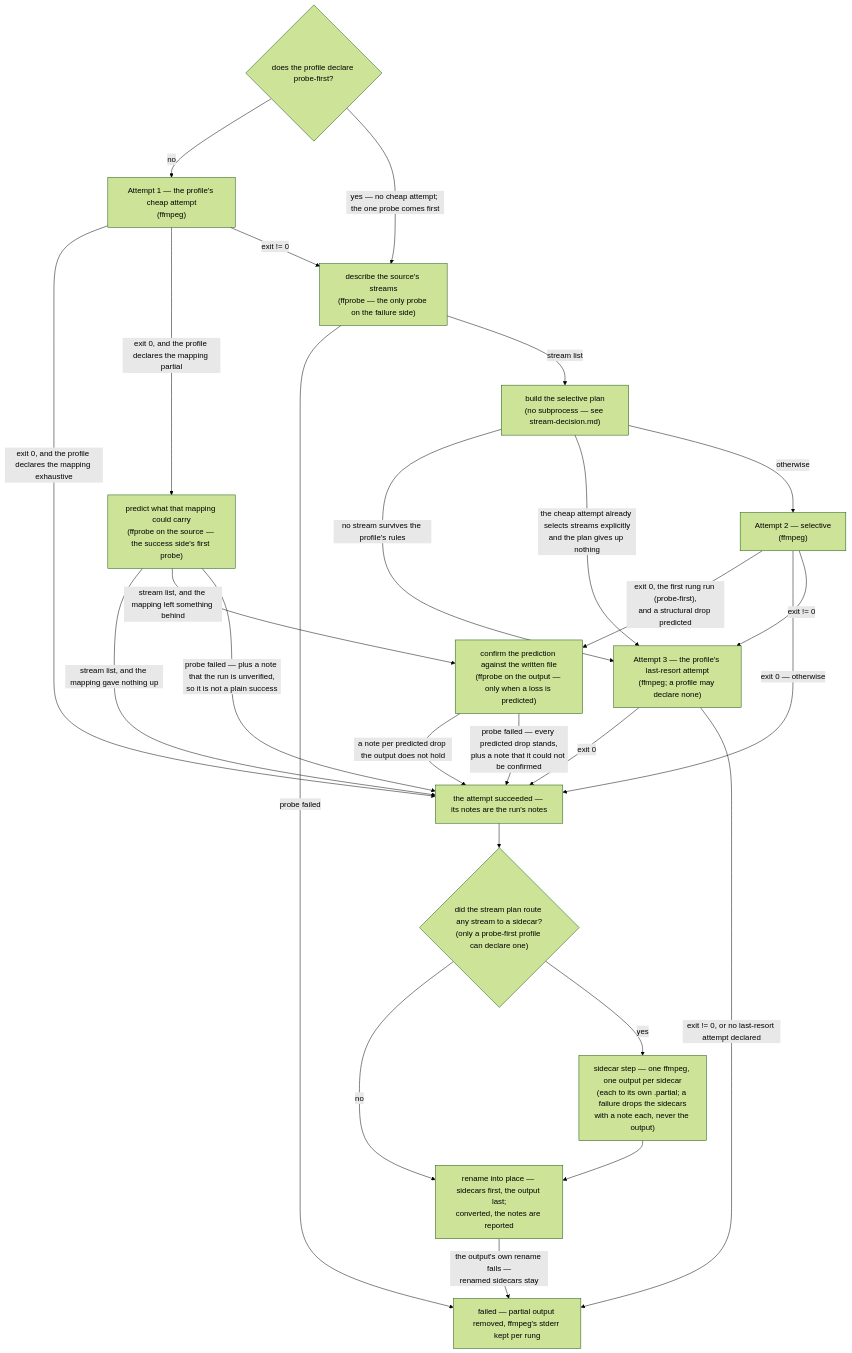
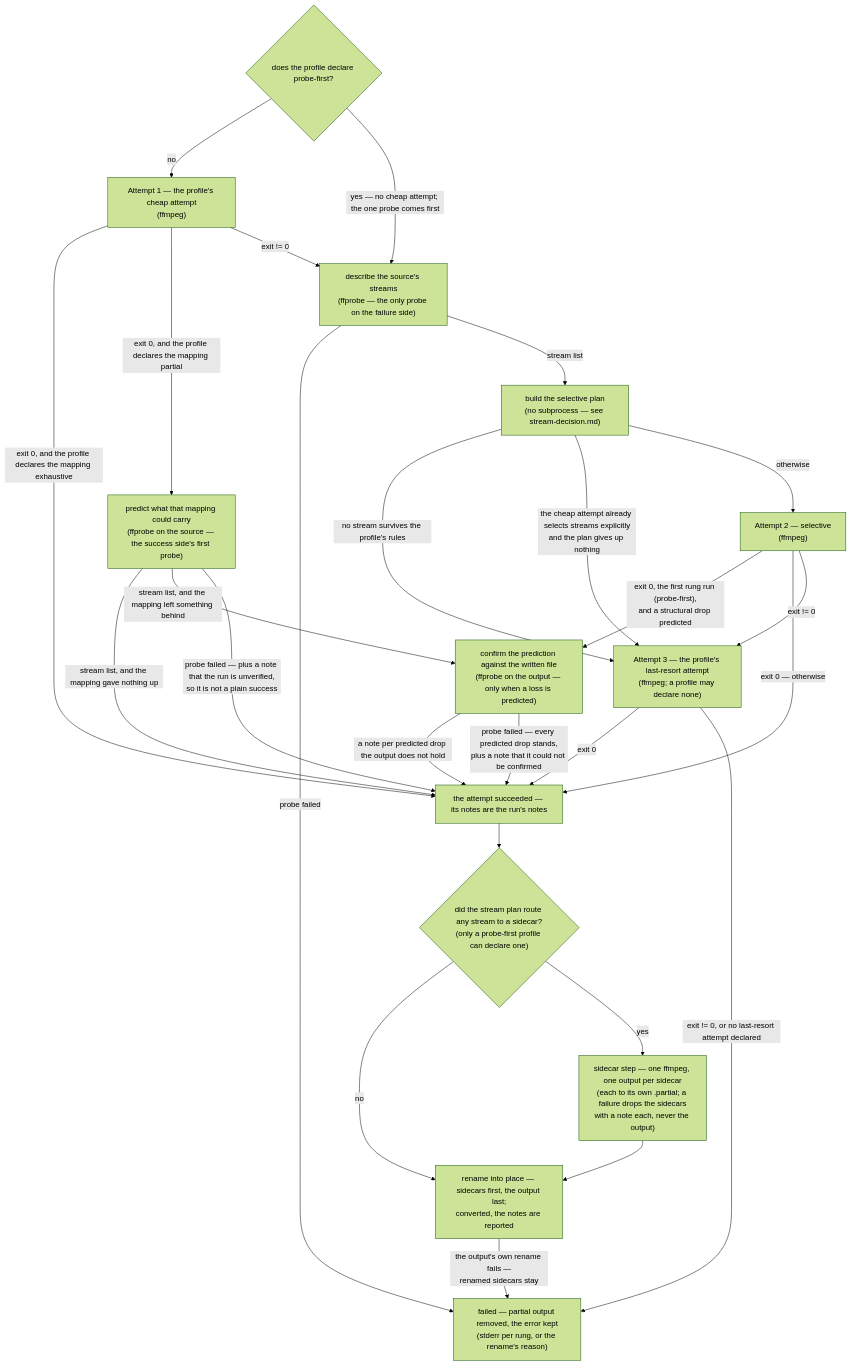
One commit to bhemsen/converter changed the diagram in docs/design/degradation-ladder.md. Above: the diagram before and after it, drawn with Mermaid (forest theme). The commit also changed 2 other files, not shown here.

Commit message:
docs(spec): tidy the phase 14 re-review nits

````diff
--- a/docs/design/degradation-ladder.md
+++ b/docs/design/degradation-ladder.md
@@ -17,42 +17,42 @@
 ```mermaid
 flowchart TD
     PF{"does the profile declare probe-first?"}
     A["Attempt 1 — the profile's cheap attempt<br/>(ffmpeg)"]
     V["predict what that mapping could carry<br/>(ffprobe on the source — the success side's first probe)"]
     C["confirm the prediction against the written file<br/>(ffprobe on the output — only when a loss is predicted)"]
     P["describe the source's streams<br/>(ffprobe — the only probe on the failure side)"]
     PLAN["build the selective plan<br/>(no subprocess — see stream-decision.md)"]
     SEL["Attempt 2 — selective<br/>(ffmpeg)"]
     FIN["Attempt 3 — the profile's last-resort attempt<br/>(ffmpeg; a profile may declare none)"]
     OK["the attempt succeeded — its notes are the run's notes"]
     SCQ{"did the stream plan route any stream to a sidecar?<br/>(only a probe-first profile can declare one)"}
     SCS["sidecar step — one ffmpeg, one output per sidecar<br/>(each to its own .partial; a failure drops the sidecars<br/>with a note each, never the output)"]
     DONE["rename into place — sidecars first, the output last;<br/>converted, the notes are reported"]
-    BAD["failed — partial output removed, ffmpeg's stderr kept per rung"]
+    BAD["failed — partial output removed, the error kept<br/>(stderr per rung, or the rename's reason)"]
 
     PF -->|"no"| A
     PF -->|"yes — no cheap attempt; the one probe comes first"| P
     A -->|"exit 0, and the profile declares the mapping exhaustive"| OK
     A -->|"exit 0, and the profile declares the mapping partial"| V
     V -->|"stream list, and the mapping gave nothing up"| OK
     V -->|"stream list, and the mapping left something behind"| C
     V -->|"probe failed — plus a note that the run is unverified,<br/>so it is not a plain success"| OK
     C -->|"a note per predicted drop the output does not hold"| OK
     C -->|"probe failed — every predicted drop stands,<br/>plus a note that it could not be confirmed"| OK
     A -->|"exit != 0"| P
     P -->|"probe failed"| BAD
     P -->|"stream list"| PLAN
     PLAN -->|"no stream survives the profile's rules"| FIN
     PLAN -->|"the cheap attempt already selects streams explicitly<br/>and the plan gives up nothing"| FIN
     PLAN -->|"otherwise"| SEL
     SEL -->|"exit 0, the first rung run (probe-first),<br/>and a structural drop predicted"| C
     SEL -->|"exit 0 — otherwise"| OK
     SEL -->|"exit != 0"| FIN
     FIN -->|"exit 0"| OK
     FIN -->|"exit != 0, or no last-resort attempt declared"| BAD
     OK --> SCQ
     SCQ -->|"no"| DONE
     SCQ -->|"yes"| SCS
     SCS --> DONE
     DONE -->|"the output's own rename fails —<br/>renamed sidecars stay"| BAD
 ```
````
